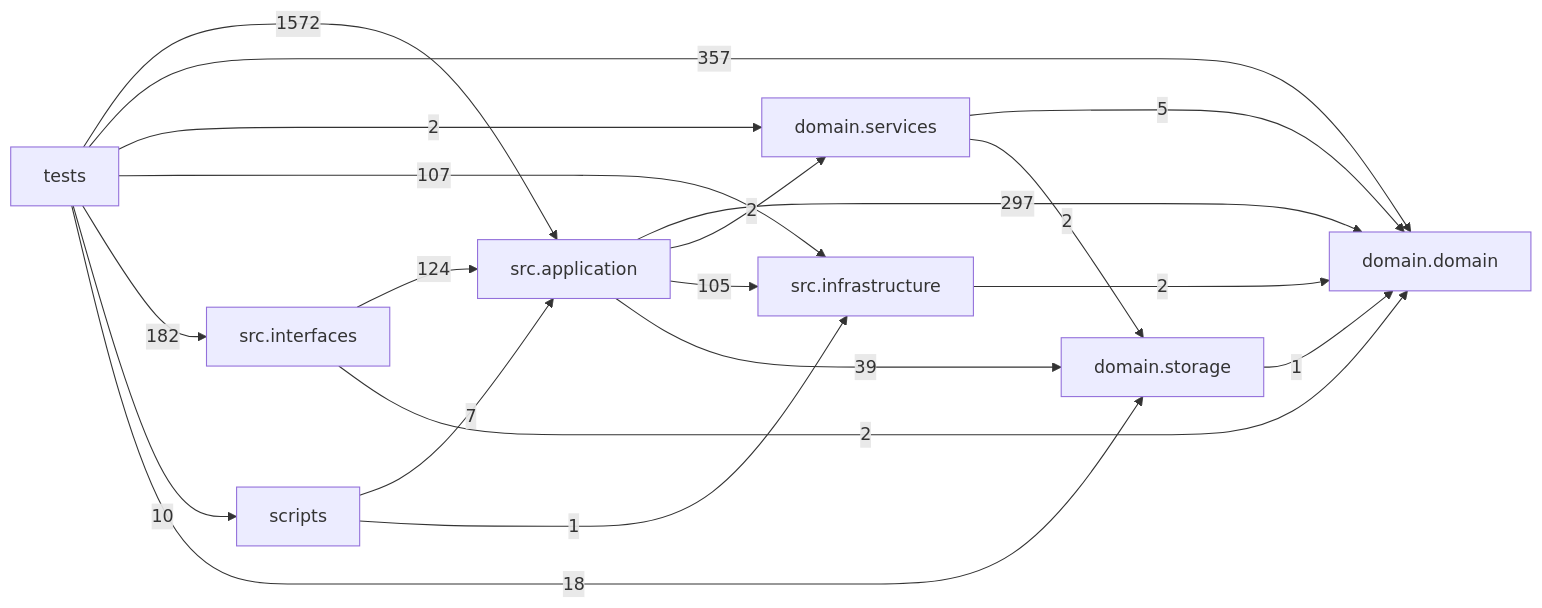
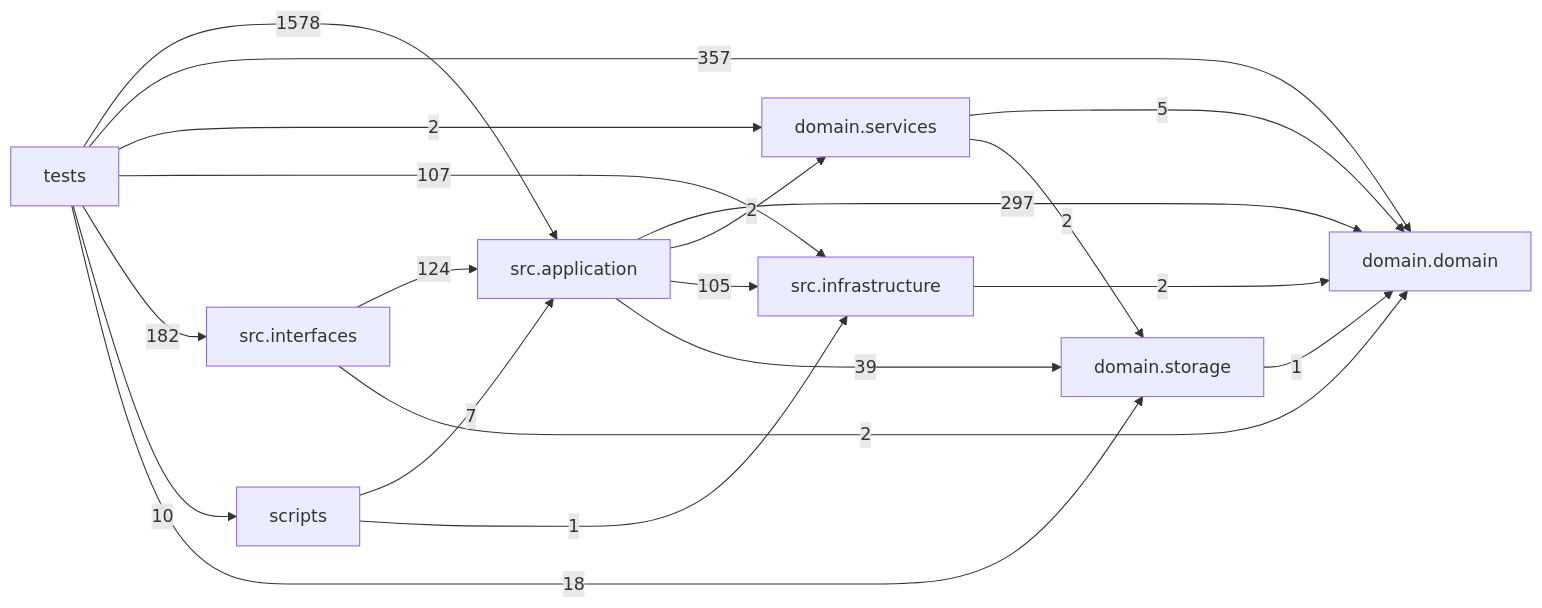
Before and after one commit to liuxie066/options-monitor: the diagram in docs/DEPENDENCY_GRAPH.md, drawn with Mermaid. The commit also changed other lines of this file and 2 other files, not shown here.

````diff
--- a/docs/DEPENDENCY_GRAPH.md
+++ b/docs/DEPENDENCY_GRAPH.md
@@ -24,30 +24,30 @@
 ```mermaid
 flowchart LR
   tests["tests"]
   scripts["scripts"]
   interfaces["src.interfaces"]
   application["src.application"]
   infrastructure["src.infrastructure"]
   domain_services["domain.services"]
   domain["domain.domain"]
   storage["domain.storage"]
   application -->|297| domain
   application -->|2| domain_services
   application -->|105| infrastructure
   application -->|39| storage
   domain_services -->|5| domain
   domain_services -->|2| storage
   infrastructure -->|2| domain
   interfaces -->|124| application
   interfaces -->|2| domain
   scripts -->|7| application
   scripts -->|1| infrastructure
   storage -->|1| domain
-  tests -->|1572| application
+  tests -->|1578| application
   tests -->|357| domain
   tests -->|2| domain_services
   tests -->|107| infrastructure
   tests -->|182| interfaces
   tests -->|10| scripts
   tests -->|18| storage
 ```
````
